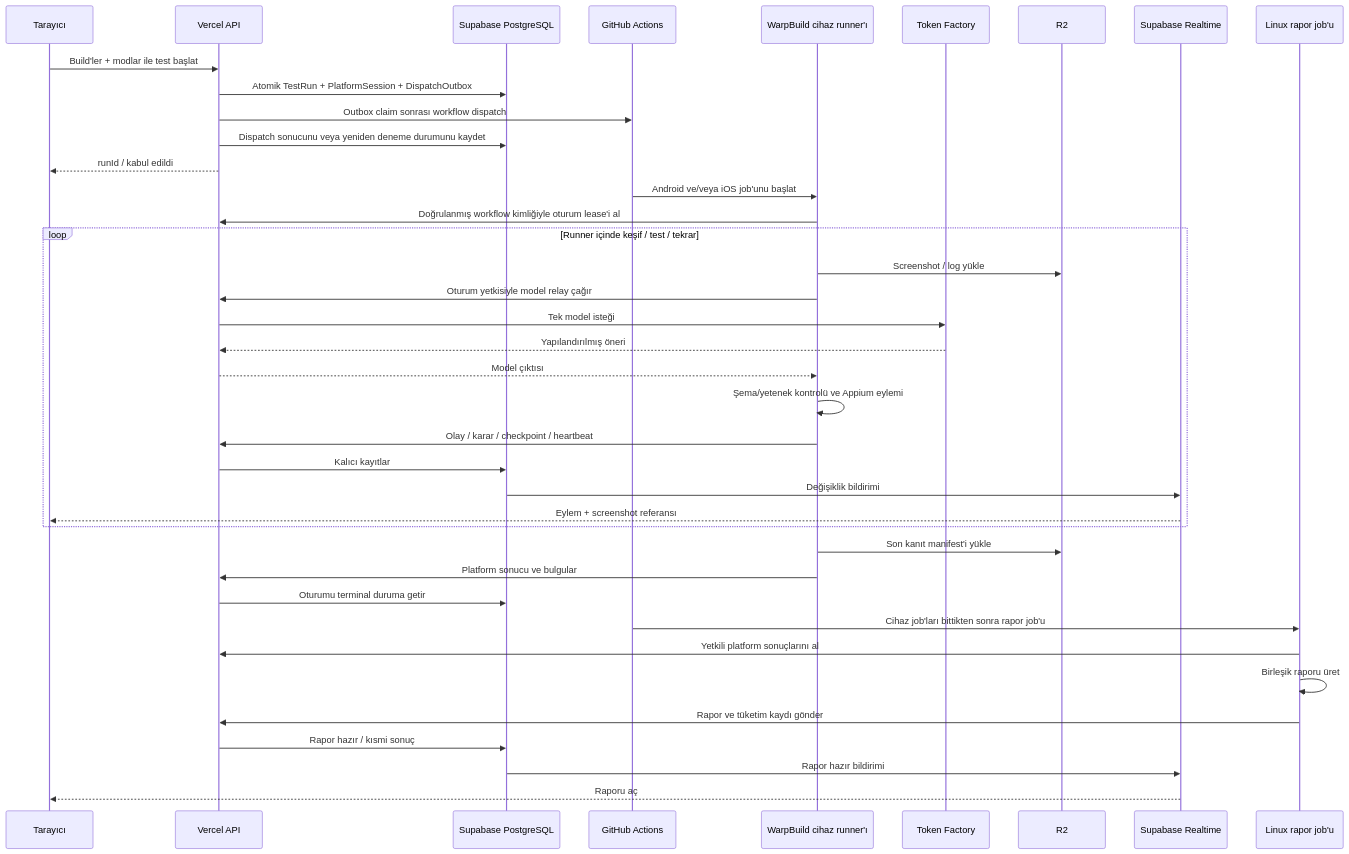
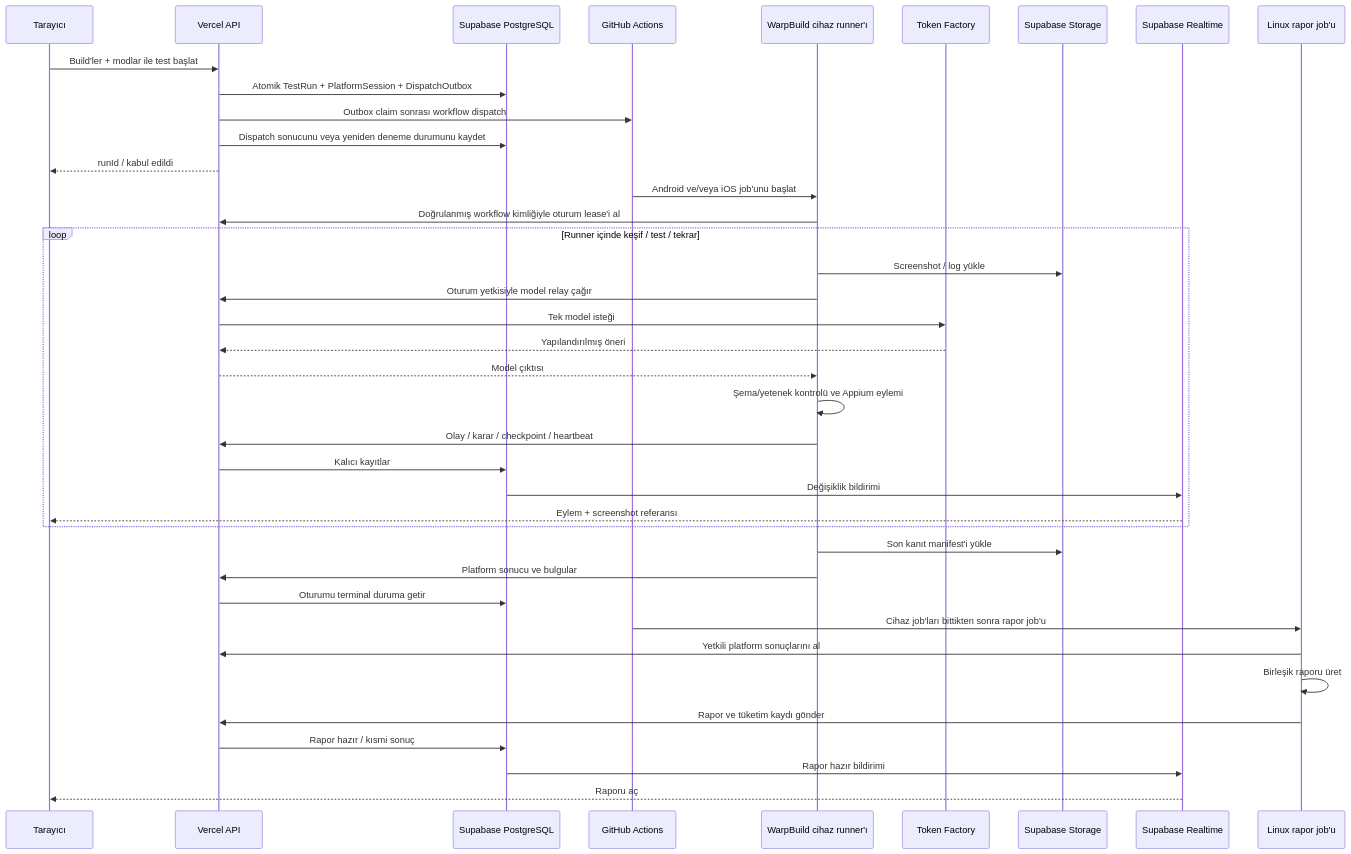
One commit to OzzyD07/TapScout changed the second of 2 diagrams in docs/02-architecture.md. Above: the diagram before and after it, drawn with Mermaid. The commit also changed other lines of this file and 9 other files, not shown here.

First line of the commit message:
Use Supabase Storage instead of Cloudflare R2; re-enable Biome rules

````diff
--- a/docs/02-architecture.md
+++ b/docs/02-architecture.md
@@ -102,41 +102,41 @@
 ```mermaid
 sequenceDiagram
     participant U as Tarayıcı
     participant API as Vercel API
     participant DB as Supabase PostgreSQL
     participant G as GitHub Actions
     participant R as WarpBuild cihaz runner'ı
     participant M as Token Factory
-    participant F as R2
+    participant F as Supabase Storage
     participant RT as Supabase Realtime
     participant P as Linux rapor job'u
     U->>API: Build'ler + modlar ile test başlat
     API->>DB: Atomik TestRun + PlatformSession + DispatchOutbox
     API->>G: Outbox claim sonrası workflow dispatch
     API->>DB: Dispatch sonucunu veya yeniden deneme durumunu kaydet
     API-->>U: runId / kabul edildi
     G->>R: Android ve/veya iOS job'unu başlat
     R->>API: Doğrulanmış workflow kimliğiyle oturum lease'i al
     loop Runner içinde keşif / test / tekrar
         R->>F: Screenshot / log yükle
         R->>API: Oturum yetkisiyle model relay çağır
         API->>M: Tek model isteği
         M-->>API: Yapılandırılmış öneri
         API-->>R: Model çıktısı
         R->>R: Şema/yetenek kontrolü ve Appium eylemi
         R->>API: Olay / karar / checkpoint / heartbeat
         API->>DB: Kalıcı kayıtlar
         DB->>RT: Değişiklik bildirimi
         RT-->>U: Eylem + screenshot referansı
     end
     R->>F: Son kanıt manifest'i yükle
     R->>API: Platform sonucu ve bulgular
     API->>DB: Oturumu terminal duruma getir
     G->>P: Cihaz job'ları bittikten sonra rapor job'u
     P->>API: Yetkili platform sonuçlarını al
     P->>P: Birleşik raporu üret
     P->>API: Rapor ve tüketim kaydı gönder
     API->>DB: Rapor hazır / kısmi sonuç
     DB->>RT: Rapor hazır bildirimi
     RT-->>U: Raporu aç
 ```
````
